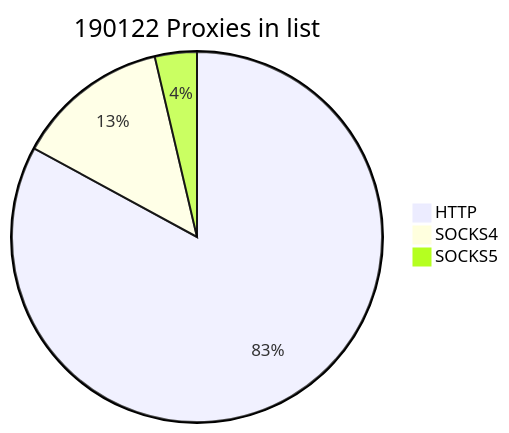
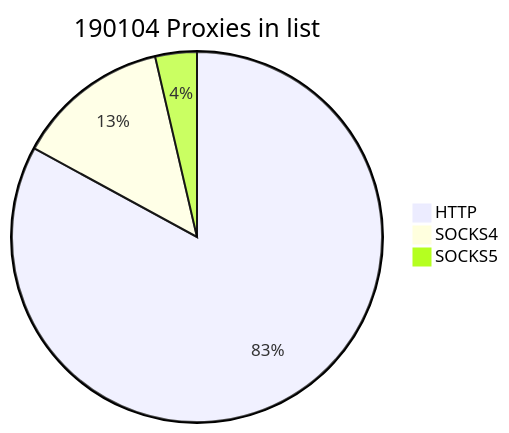
Before and after one commit to cutipu/proxylist: the first of 2 diagrams in README.md, drawn with Mermaid. The commit also changed other lines of this file, not shown here.

````diff
--- a/README.md
+++ b/README.md
@@ -2,7 +2,7 @@
 ```mermaid
-pie title 190122 Proxies in list
-    "HTTP" : 157662
-    "SOCKS4" : 25495
-    "SOCKS5" : 6965
+pie title 190104 Proxies in list
+    "HTTP" : 157672
+    "SOCKS4" : 25527
+    "SOCKS5" : 6905
             
 ```
````
